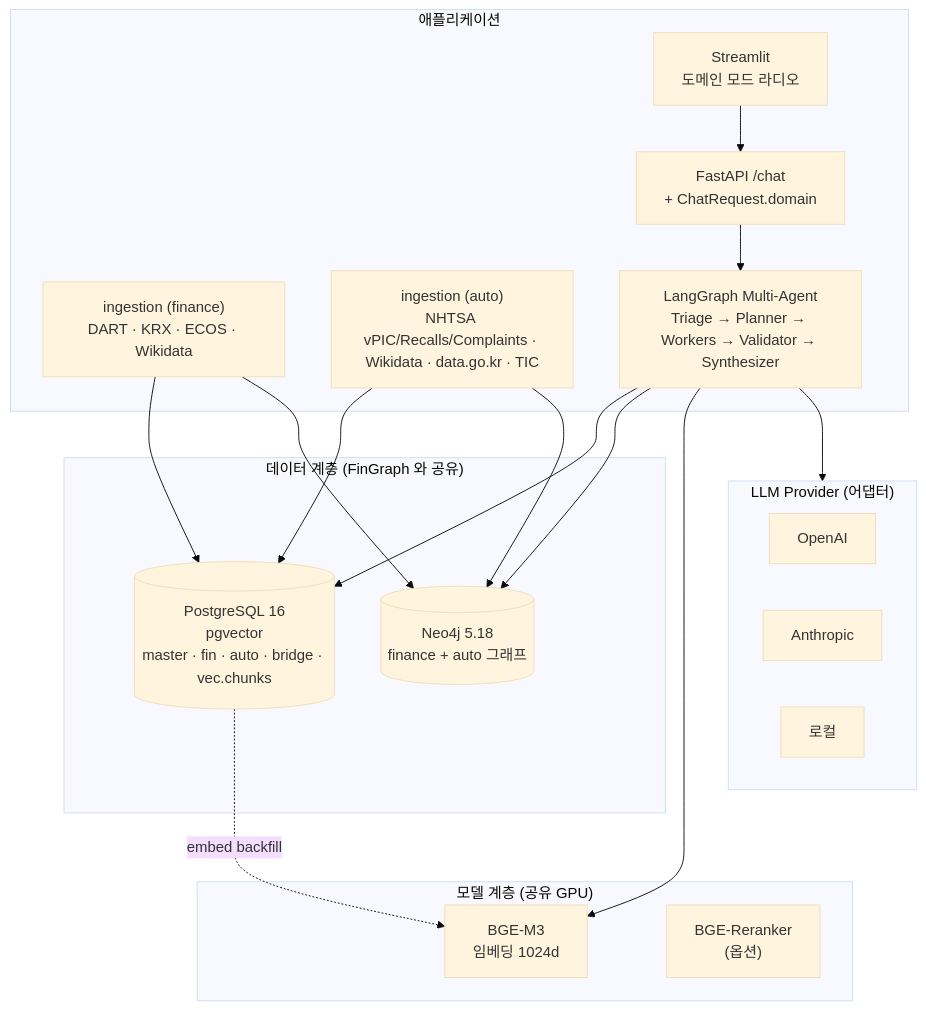
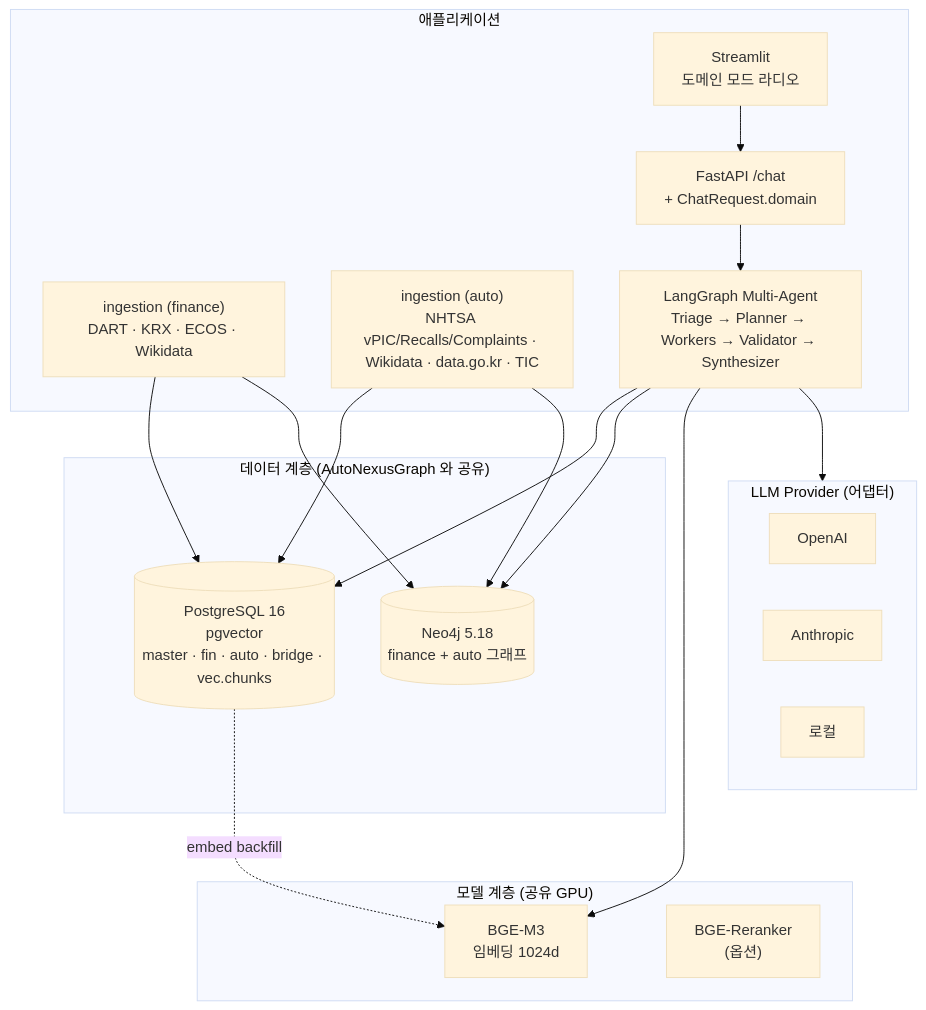
Before and after one commit to areumsim/FinGraph: the first of 4 diagrams in docs/autograph.md, drawn with Mermaid (base theme). The commit also changed other lines of this file and 195 other files, not shown here.

First line of the commit message:
refactor: rename FinGraph → AutoNexusGraph (umbrella) + Python package fingraph → autonexusgraph

````diff
--- a/docs/autograph.md
+++ b/docs/autograph.md
@@ -68,38 +68,38 @@
 ```mermaid
 flowchart TB
-    subgraph DATA["데이터 계층 (FinGraph 와 공유)"]
+    subgraph DATA["데이터 계층 (AutoNexusGraph 와 공유)"]
         PG[("PostgreSQL 16<br/>pgvector<br/>master · fin · auto · bridge · vec.chunks")]
         NEO[("Neo4j 5.18<br/>finance + auto 그래프")]
     end
 
     subgraph MODEL["모델 계층 (공유 GPU)"]
         BGE["BGE-M3<br/>임베딩 1024d"]
         RR["BGE-Reranker<br/>(옵션)"]
     end
 
     subgraph APP["애플리케이션"]
         ING_FIN["ingestion (finance)<br/>DART · KRX · ECOS · Wikidata"]
         ING_AUTO["ingestion (auto)<br/>NHTSA vPIC/Recalls/Complaints · Wikidata · data.go.kr · TIC"]
         API["FastAPI /chat<br/>+ ChatRequest.domain"]
         UI["Streamlit<br/>도메인 모드 라디오"]
         AGENT["LangGraph Multi-Agent<br/>Triage → Planner → Workers → Validator → Synthesizer"]
     end
 
     subgraph LLM["LLM Provider (어댑터)"]
         OPENAI["OpenAI"]
         ANTHROPIC["Anthropic"]
         LOCAL["로컬"]
     end
 
     ING_FIN --> PG
     ING_FIN --> NEO
     ING_AUTO --> PG
     ING_AUTO --> NEO
     PG -. embed backfill .-> BGE
     AGENT --> PG
     AGENT --> NEO
     AGENT --> BGE
     AGENT --> LLM
     API --> AGENT
     UI --> API
 ```
````
